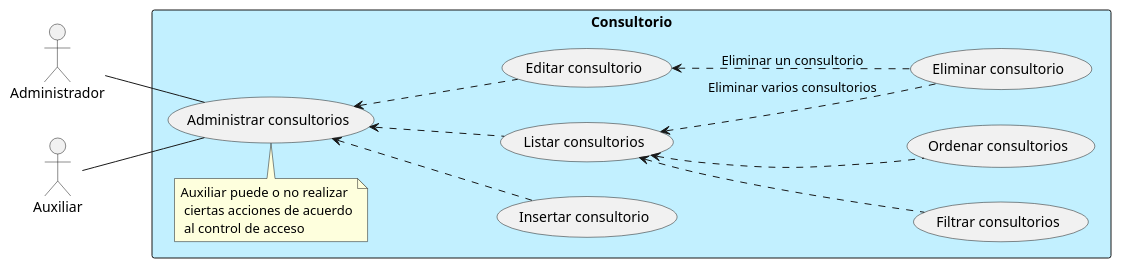
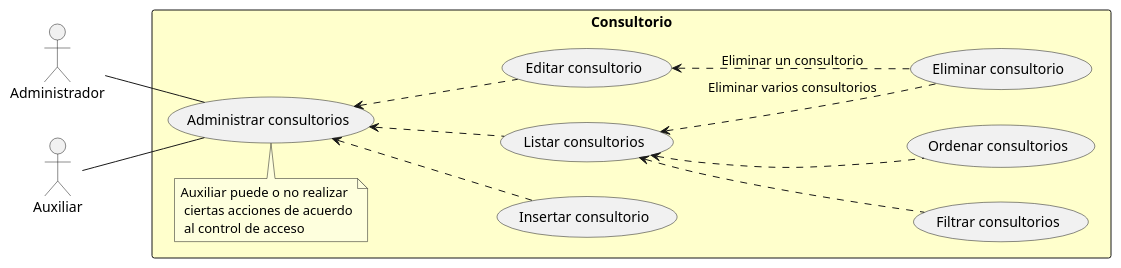
Before and after one commit to capsi-ucp/capsi-ucp.github.io: the diagram in ROOT/modules/proyecto/puml/consultorios-usecase.puml, drawn with PlantUML. The commit also changed 2 other files, not shown here.

```diff
--- a/ROOT/modules/proyecto/puml/consultorios-usecase.puml
+++ b/ROOT/modules/proyecto/puml/consultorios-usecase.puml
@@ -1,29 +1,29 @@
 @startuml
 left to right direction
 actor Administrador
 actor Auxiliar
 
-rectangle Consultorio #Application {
+rectangle Consultorio #BUSINESS {
   usecase "Insertar consultorio" as C
   usecase "Listar consultorios" as R
   usecase "Editar consultorio" as U
   usecase "Eliminar consultorio" as D
   usecase "Filtrar consultorios" as Searchable
   usecase "Ordenar consultorios" as Sortable
   usecase "Administrar consultorios" as CRUD
   note "Auxiliar puede o no realizar\r\n ciertas acciones de acuerdo\r\n al control de acceso" as Acl
 }
 
 CRUD <--. C
 CRUD <--. R
 CRUD <--. U
 
 R <.. Searchable
 R <.. Sortable
 U <.. D: "Eliminar un consultorio"
 R <.. D: "Eliminar varios consultorios"
 
 Administrador -- CRUD
 Auxiliar -- CRUD
 Acl - CRUD
 @enduml
```
